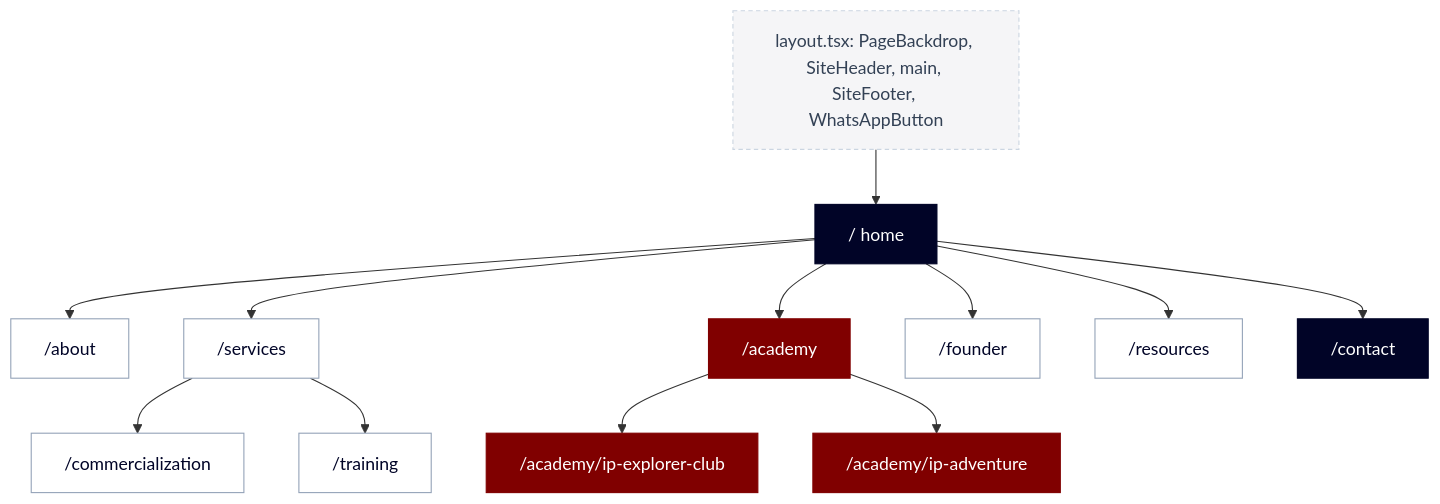
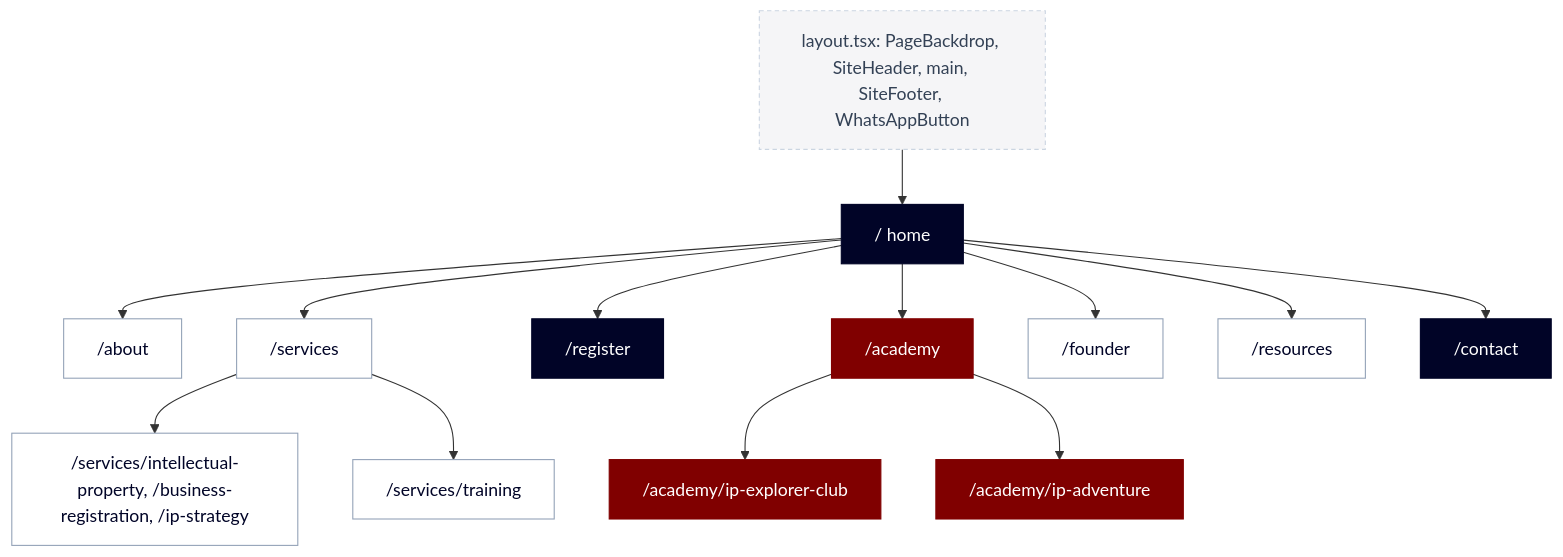
One commit to odomaurice/dvipc changed the diagram in README.md. Above: the diagram before and after it, drawn with Mermaid. The commit also changed other lines of this file and 26 other files, not shown here.

````diff
--- a/README.md
+++ b/README.md
@@ -70,25 +76,26 @@
 ```mermaid
 flowchart TB
     L["layout.tsx: PageBackdrop, SiteHeader, main, SiteFooter, WhatsAppButton"]:::util
     H["/ home"]:::dark
     A["/about"]:::light
     S["/services"]:::light
-    C["/commercialization"]:::light
-    T["/training"]:::light
+    C["/services/intellectual-property, /business-registration, /ip-strategy"]:::light
+    T["/services/training"]:::light
+    RG["/register"]:::dark
     AC["/academy"]:::maroon
     EC["/academy/ip-explorer-club"]:::maroon
     AD["/academy/ip-adventure"]:::maroon
     F["/founder"]:::light
     R["/resources"]:::light
     CT["/contact"]:::dark
 
     L --> H
-    H --> A & S & AC & F & R & CT
+    H --> A & S & AC & F & R & CT & RG
     S --> C & T
     AC --> EC & AD
 
     classDef light fill:#ffffff,stroke:#94a3b8,color:#010427
     classDef dark fill:#010427,stroke:#010427,color:#ffffff
     classDef maroon fill:#800000,stroke:#800000,color:#ffffff
     classDef util fill:#f5f5f7,stroke:#cbd5e1,color:#334155,stroke-dasharray:4 3
 ```
````
